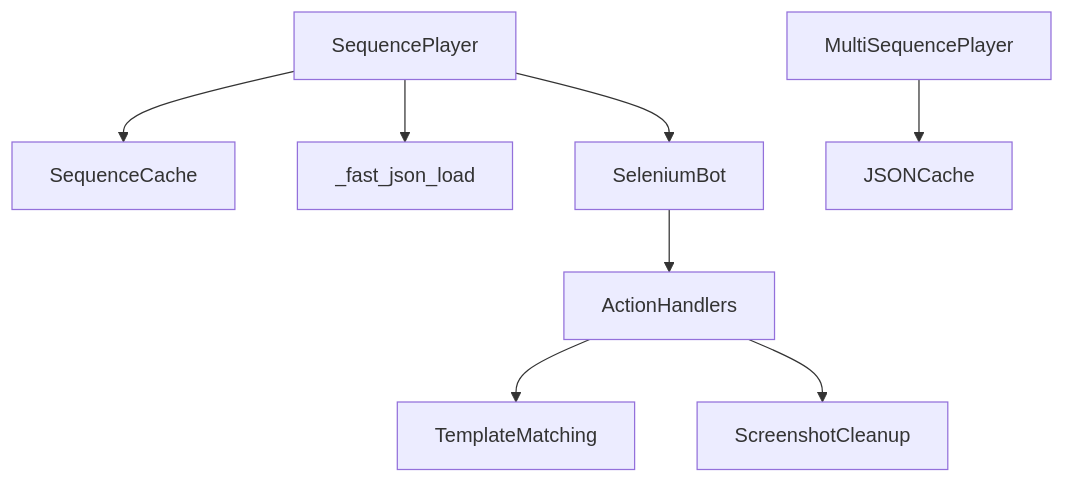
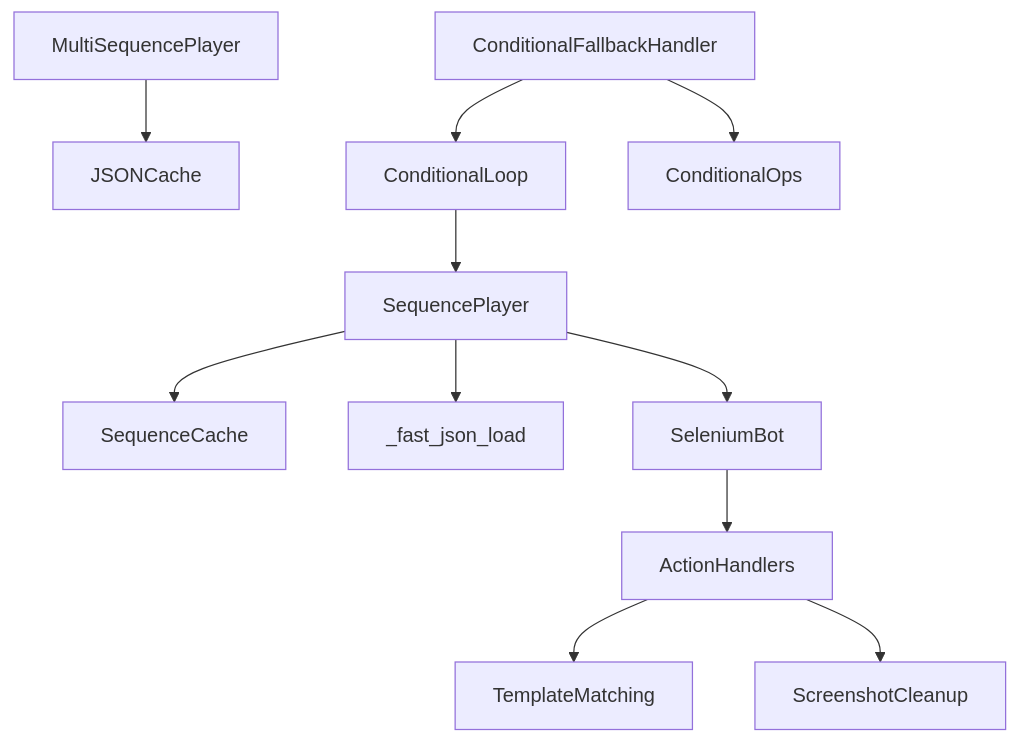
Before and after one commit to RodrigoBenitez343/Arrow: the sixth of 6 diagrams in .qoder/repowiki/en/content/Playback Engine/Sequence Player.md, drawn with Mermaid. The commit also changed other lines of this file and 53 other files, not shown here.

````diff
--- a/.qoder/repowiki/en/content/Playback Engine/Sequence Player.md
+++ b/.qoder/repowiki/en/content/Playback Engine/Sequence Player.md
@@ -317,10 +357,13 @@
 ```mermaid
 graph TB
 SP["SequencePlayer"] --> SCache["SequenceCache"]
 SP --> FJ["_fast_json_load"]
 SP --> SB["SeleniumBot"]
 SB --> AH["ActionHandlers"]
 AH --> CV["TemplateMatching"]
 AH --> SC["ScreenshotCleanup"]
 MP["MultiSequencePlayer"] --> JC["JSONCache"]
+CFH["ConditionalFallbackHandler"] --> CL["ConditionalLoop"]
+CFH --> CO["ConditionalOps"]
+CL --> SP
 ```
````
